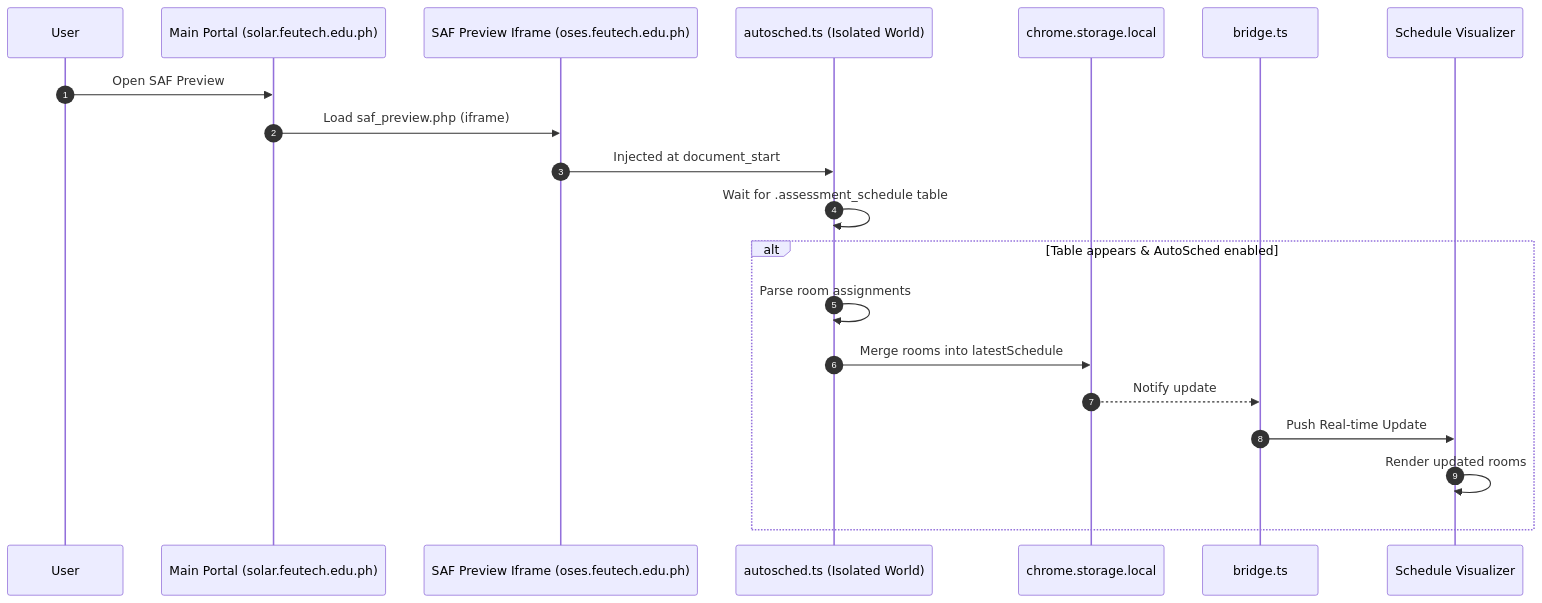
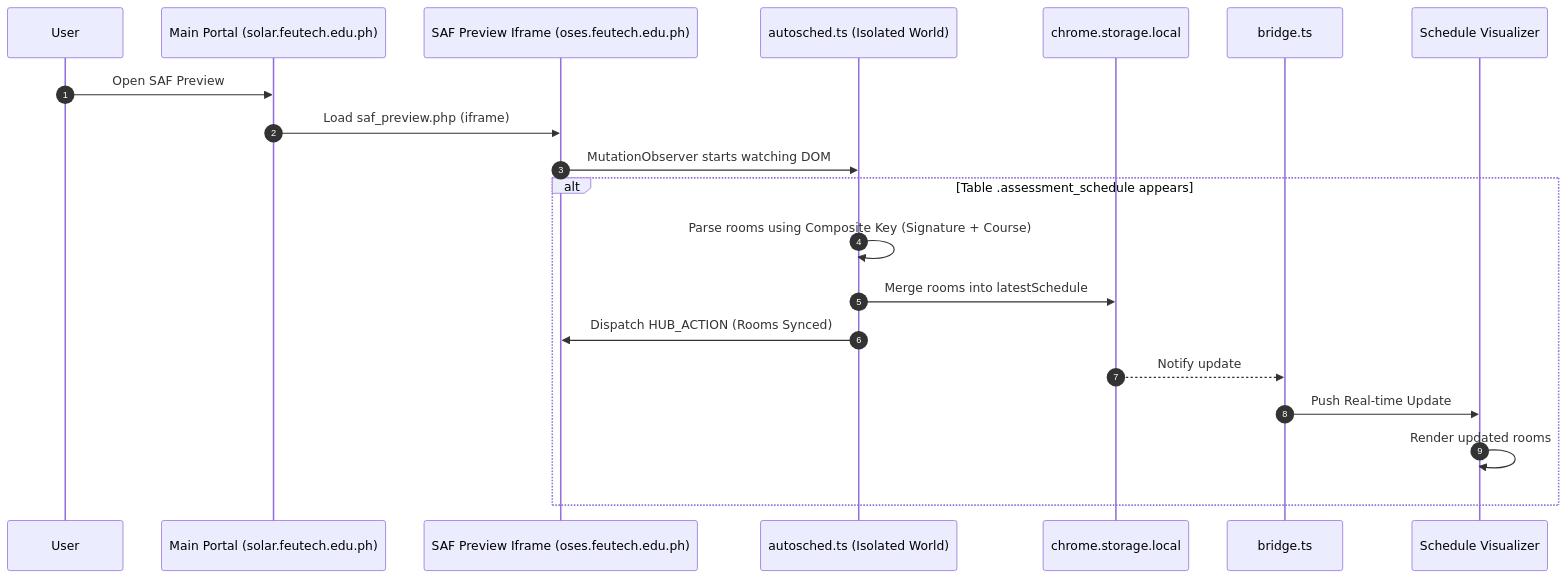
The second of 2 diagrams in autoflow.md (imjustapotato/web-tools-companion), drawn with Mermaid before and after one commit. The commit also changed other lines of this file and 11 other files, not shown here.

````diff
--- a/autoflow.md
+++ b/autoflow.md
@@ -70,23 +72,24 @@
 ```mermaid
 sequenceDiagram
      autonumber
      participant User
      participant Portal as Main Portal (solar.feutech.edu.ph)
      participant SAF as SAF Preview Iframe (oses.feutech.edu.ph)
      participant ScriptISO as autosched.ts (Isolated World)
      participant Storage as chrome.storage.local
      participant Bridge as bridge.ts
      participant WebApp as Schedule Visualizer
  
      User->>Portal: Open SAF Preview
      Portal->>SAF: Load saf_preview.php (iframe)
-     SAF->>ScriptISO: Injected at document_start
-     ScriptISO->>ScriptISO: Wait for .assessment_schedule table
-     alt Table appears & AutoSched enabled
-          ScriptISO->>ScriptISO: Parse room assignments
+     SAF->>ScriptISO: MutationObserver starts watching DOM
+     
+     alt Table .assessment_schedule appears
+          ScriptISO->>ScriptISO: Parse rooms using Composite Key (Signature + Course)
           ScriptISO->>Storage: Merge rooms into latestSchedule
+          ScriptISO->>SAF: Dispatch HUB_ACTION (Rooms Synced)
           Storage-->>Bridge: Notify update
           Bridge->>WebApp: Push Real-time Update
           WebApp->>WebApp: Render updated rooms
      end
 ```
````
